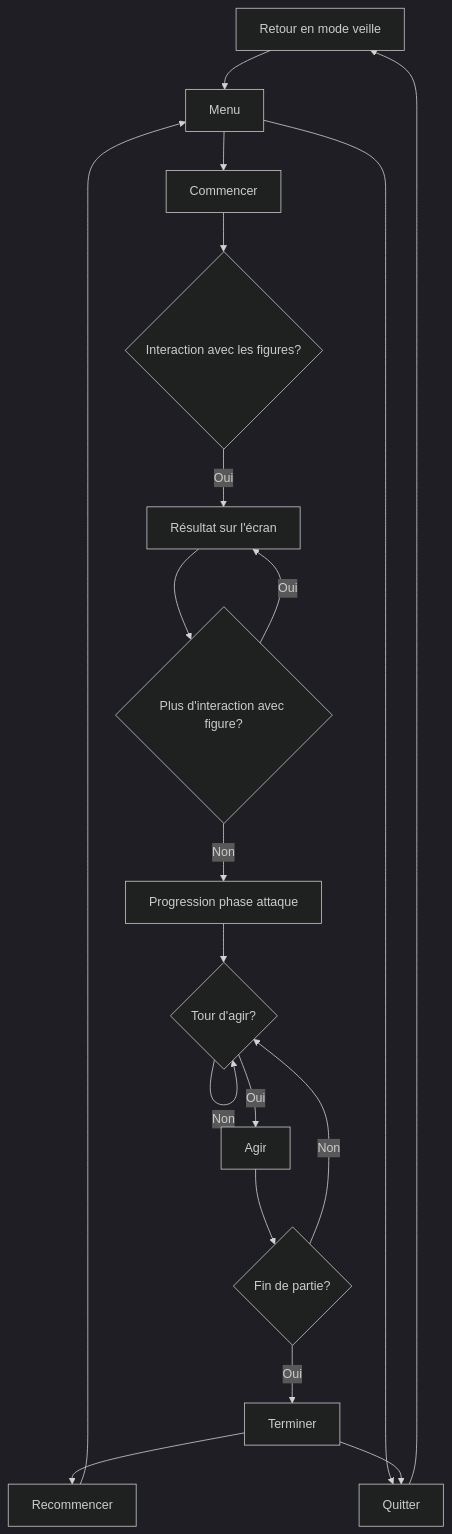
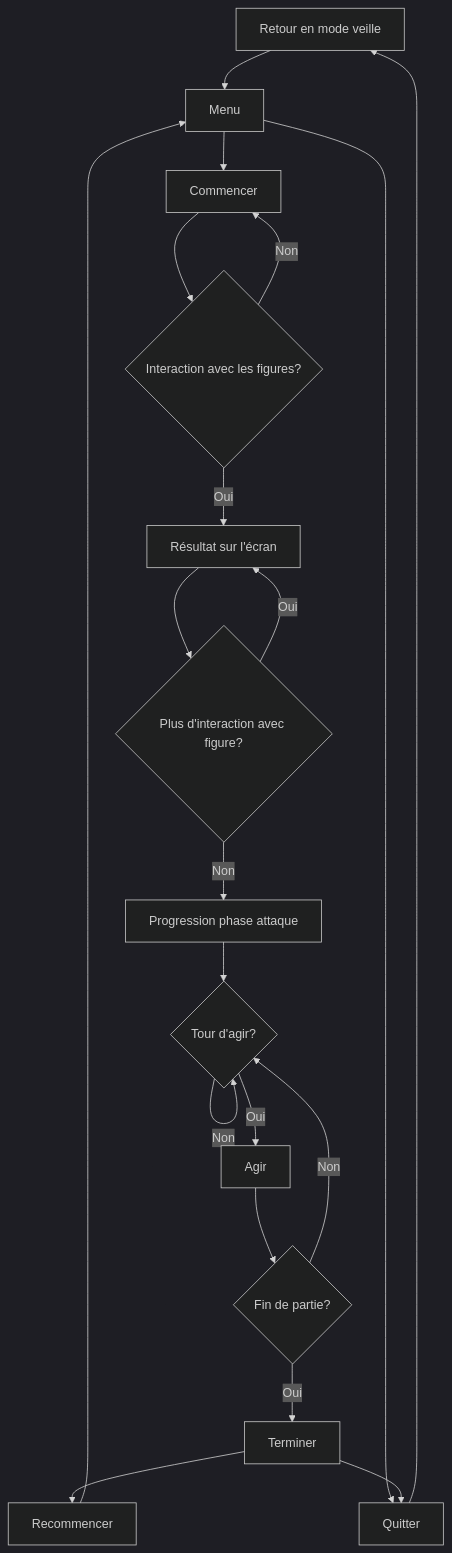
Before and after one commit to Ethereal-Creators/Etheria: the diagram in 20_intention/30_scenario/README.md, drawn with Mermaid (dark theme).

Commit message:
~fix mermaid02

````diff
--- a/20_intention/30_scenario/README.md
+++ b/20_intention/30_scenario/README.md
@@ -13,21 +13,22 @@
 ```mermaid
 graph TD
     A[Retour en mode veille] --> x[Menu]
     x --> B[Commencer]
     x --> N[Quitter]
     B --> id1{Interaction avec les figures?}
+    id1 --Non--> B
     id1 --Oui--> F[Résultat sur l'écran]
     F --> id2{Plus d'interaction avec figure?}
     id2 --Non--> M[Progression phase attaque]
     id2 --Oui--> F
     M --> id3{Tour d'agir?}
     id3 --Oui--> K[Agir]
     id3 --Non--> id3
     K --> id4{Fin de partie?}
     id4 --Oui--> U[Terminer]
     id4 --Non--> id3
     U --> H[Recommencer]
     H --> x
     U --> N
     N --> A
 ```
````
